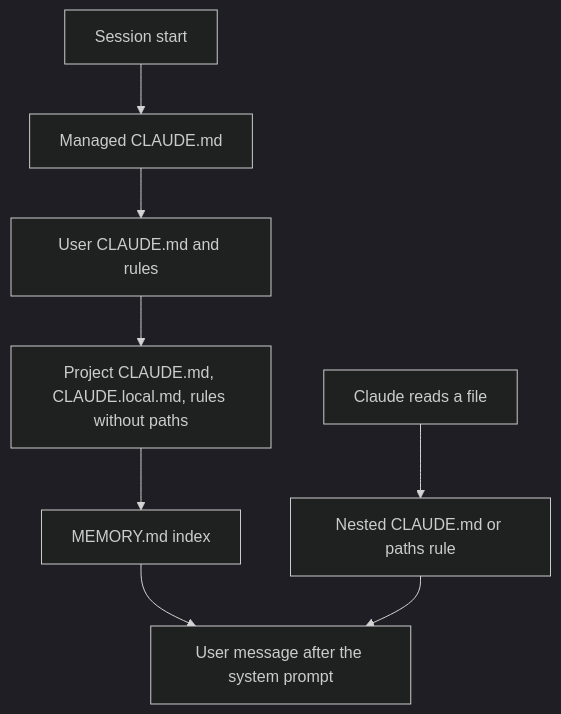
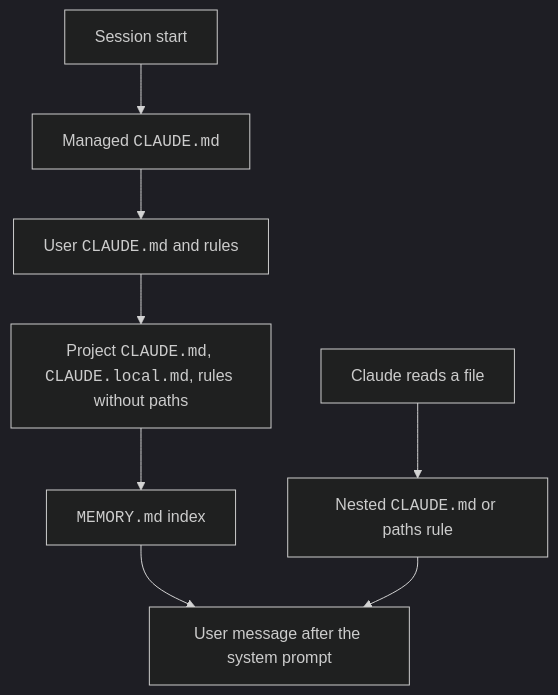
One commit to xsyetopz/claude-code-docs changed the diagram in docs/configure/memory-and-rules.md. Above: the diagram before and after it, drawn with Mermaid (dark theme). The commit also changed other lines of this file and 164 other files, not shown here.

First line of the commit message:
docs: linked citations, yes/no markers, file trees, code in diagrams

````diff
--- a/docs/configure/memory-and-rules.md
+++ b/docs/configure/memory-and-rules.md
@@ -123,10 +123,10 @@
 ```mermaid
 flowchart TD
-  Start[Session start] --> Managed[Managed CLAUDE.md]
-  Managed --> User[User CLAUDE.md and rules]
-  User --> Proj[Project CLAUDE.md, CLAUDE.local.md, rules without paths]
-  Proj --> Auto[MEMORY.md index]
+  Start[Session start] --> Managed["Managed <code>CLAUDE.md</code>"]
+  Managed --> User["User <code>CLAUDE.md</code> and rules"]
+  User --> Proj["Project <code>CLAUDE.md</code>, <code>CLAUDE.local.md</code>, rules without paths"]
+  Proj --> Auto["<code>MEMORY.md</code> index"]
   Auto --> Msg[User message after the system prompt]
-  Read[Claude reads a file] --> Nest[Nested CLAUDE.md or paths rule]
+  Read[Claude reads a file] --> Nest["Nested <code>CLAUDE.md</code> or paths rule"]
   Nest --> Msg
 ```
````
